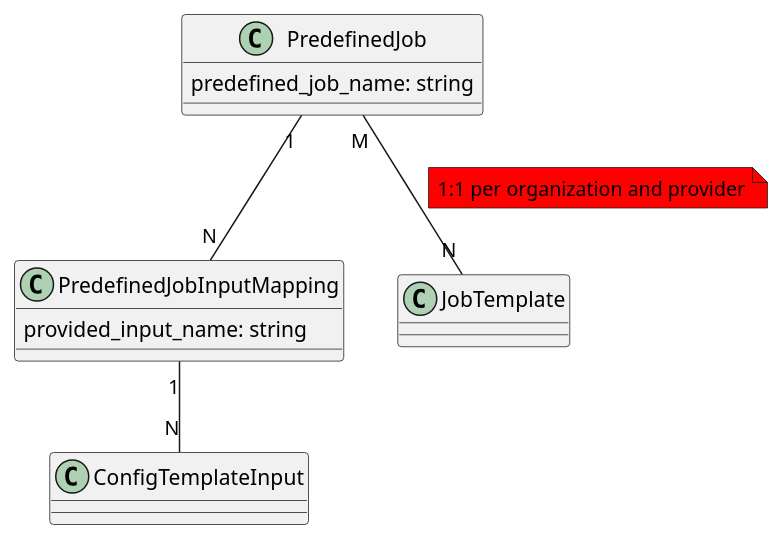
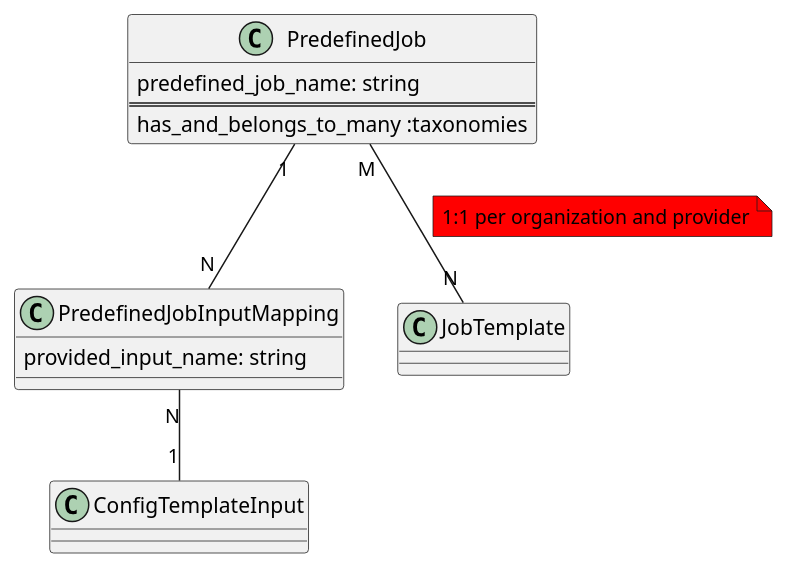
One commit to theforeman/foreman_remote_execution changed diagram 12 of 14 in doc/source/design/index.md. Above: the diagram before and after it, drawn with PlantUML. The commit also changed other lines of this file, not shown here.

```diff
--- a/doc/source/design/index.md
+++ b/doc/source/design/index.md
@@ -1000,16 +998,18 @@
 {% plantuml %}
 
 class PredefinedJob {
   predefined_job_name: string
+  ==
+  has_and_belongs_to_many :taxonomies
 }
 
 class PredefinedJobInputMapping {
   provided_input_name: string
 }
 
 PredefinedJob "1" -- "N" PredefinedJobInputMapping
-PredefinedJobInputMapping "1" -- "N" ConfigTemplateInput
+PredefinedJobInputMapping "N" -- "1" ConfigTemplateInput
 PredefinedJob "M" -- "N" JobTemplate
 note on link #red: 1:1 per organization and provider
 
 {% endplantuml %}
```
